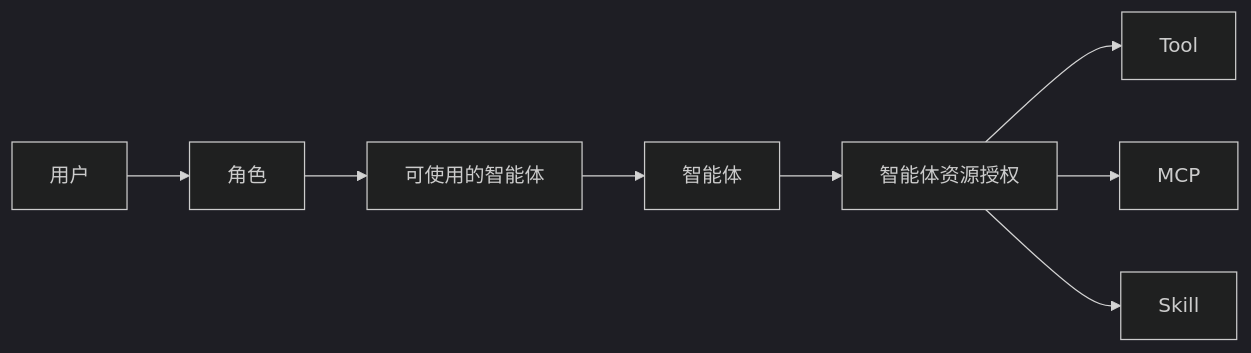
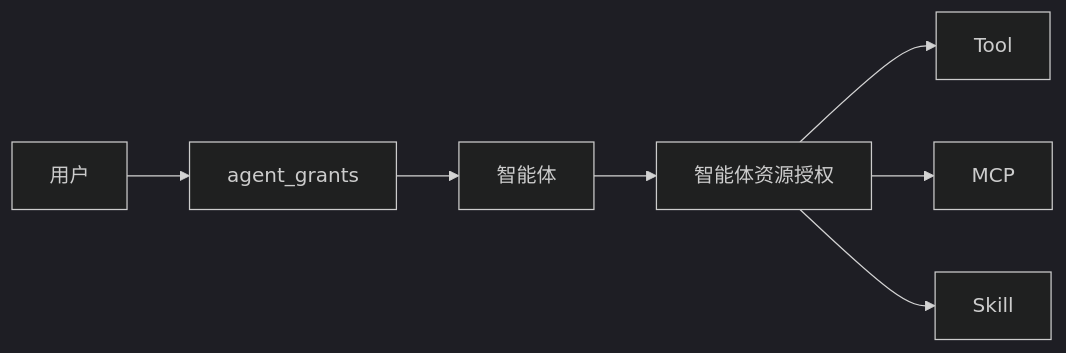
The third of 8 diagrams in docs/technical-solution.md (devjotaduo/nexora-ai-platform), drawn with Mermaid (dark theme) before and after one commit. The commit also changed other lines of this file and 5 other files, not shown here.

````diff
--- a/docs/technical-solution.md
+++ b/docs/technical-solution.md
@@ -141,10 +197,9 @@
 ```mermaid
 flowchart LR
-    U["用户"] --> R["角色"]
-    R --> AgentPerm["可使用的智能体"]
-    AgentPerm --> Agent["智能体"]
+    U["用户"] --> Grant["agent_grants"]
+    Grant --> Agent["智能体"]
     Agent --> ResourcePerm["智能体资源授权"]
     ResourcePerm --> Tool["Tool"]
     ResourcePerm --> MCP["MCP"]
     ResourcePerm --> Skill["Skill"]
 ```
````
